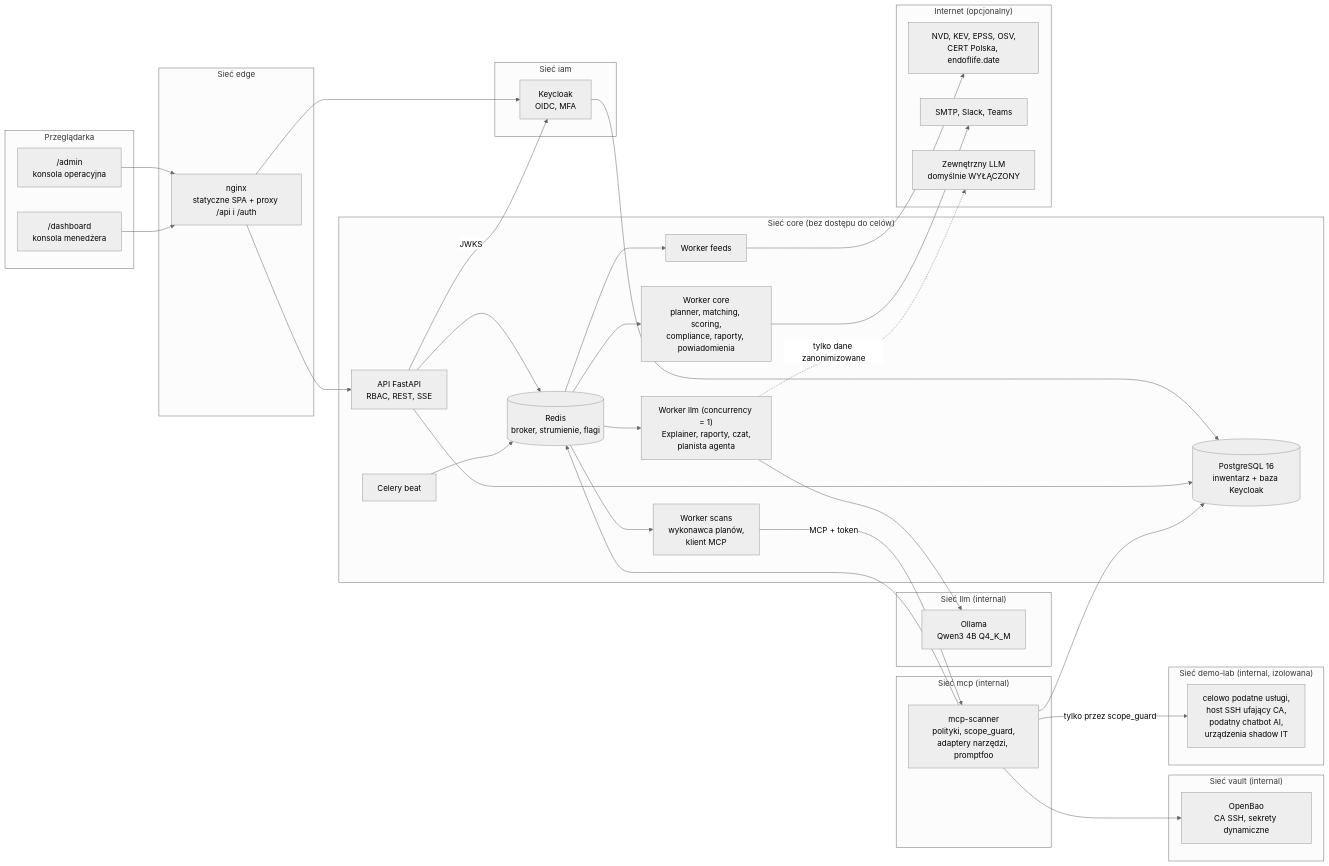
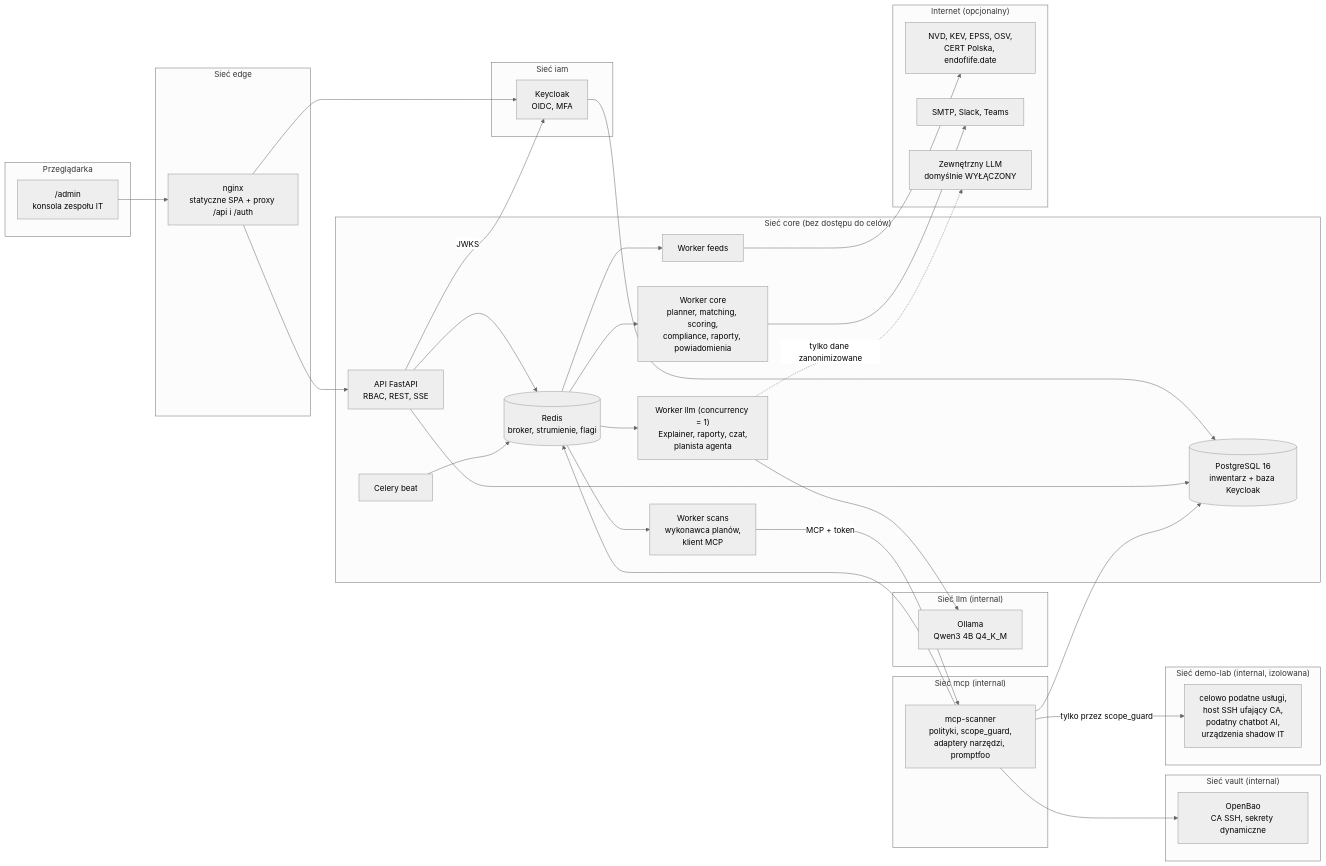
The second of 9 diagrams in docs/ARCHITECTURE.md (bartekmosionek12-bit/Sentinel), drawn with Mermaid (neutral theme) before and after one commit. The commit also changed other lines of this file and 54 other files, not shown here.

First line of the commit message:
feat(frontend)!: jedna konsola zespołu IT, role i użytkownicy, karta hosta

````diff
--- a/docs/ARCHITECTURE.md
+++ b/docs/ARCHITECTURE.md
@@ -249,71 +249,69 @@
 ```mermaid
 flowchart LR
     subgraph UI["Przeglądarka"]
-        ADM["/admin<br/>konsola operacyjna"]
-        DSH["/dashboard<br/>konsola menedżera"]
+        ADM["/admin<br/>konsola zespołu IT"]
     end
 
     subgraph EDGE["Sieć edge"]
         PROXY["nginx<br/>statyczne SPA + proxy /api i /auth"]
     end
 
     subgraph IAM["Sieć iam"]
         KC["Keycloak<br/>OIDC, MFA"]
     end
 
     subgraph CORE["Sieć core (bez dostępu do celów)"]
         API["API FastAPI<br/>RBAC, REST, SSE"]
         DB[("PostgreSQL 16<br/>inwentarz + baza Keycloak")]
         REDIS[("Redis<br/>broker, strumienie, flagi")]
         BEAT["Celery beat"]
         WCORE["Worker core<br/>planner, matching, scoring,<br/>compliance, raporty, powiadomienia"]
         WFEEDS["Worker feeds"]
         WSCANS["Worker scans<br/>wykonawca planów,<br/>klient MCP"]
         WLLM["Worker llm (concurrency = 1)<br/>Explainer, raporty, czat,<br/>planista agenta"]
     end
 
     subgraph LLMNET["Sieć llm (internal)"]
         OLLAMA["Ollama<br/>Qwen3 4B Q4_K_M"]
     end
 
     subgraph MCPNET["Sieć mcp (internal)"]
         MCP["mcp-scanner<br/>polityki, scope_guard,<br/>adaptery narzędzi, promptfoo"]
     end
 
     subgraph VAULT["Sieć vault (internal)"]
         BAO["OpenBao<br/>CA SSH, sekrety dynamiczne"]
     end
 
     subgraph LAB["Sieć demo-lab (internal, izolowana)"]
         TARGETS["celowo podatne usługi,<br/>host SSH ufający CA,<br/>podatny chatbot AI,<br/>urządzenia shadow IT"]
     end
 
     subgraph EXT["Internet (opcjonalny)"]
         FEEDS["NVD, KEV, EPSS, OSV,<br/>CERT Polska, endoflife.date"]
         NOTIF["SMTP, Slack, Teams"]
         EXTLLM["Zewnętrzny LLM<br/>domyślnie WYŁĄCZONY"]
     end
 
     ADM --> PROXY
-    DSH --> PROXY
     PROXY --> API
     PROXY --> KC
     API -->|JWKS| KC
     KC --> DB
     API --> DB
     API --> REDIS
     REDIS --> WCORE
     REDIS --> WFEEDS
     REDIS --> WSCANS
     REDIS --> WLLM
     BEAT --> REDIS
     WLLM --> OLLAMA
     WSCANS -->|MCP + token| MCP
     MCP --> DB
     MCP --> REDIS
     MCP --> BAO
     MCP -->|tylko przez scope_guard| TARGETS
     WFEEDS --> FEEDS
     WCORE --> NOTIF
     WLLM -. tylko dane zanonimizowane .-> EXTLLM
 ```
````
